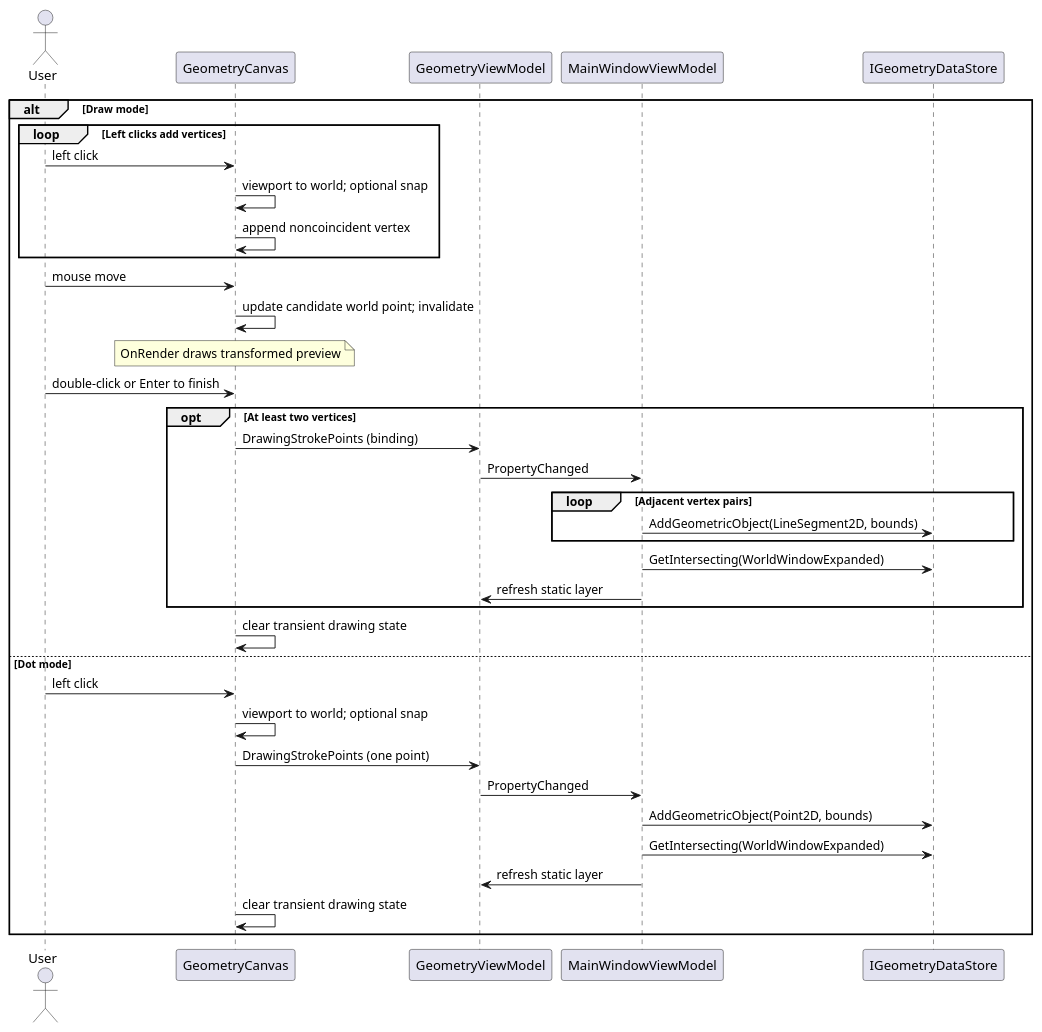
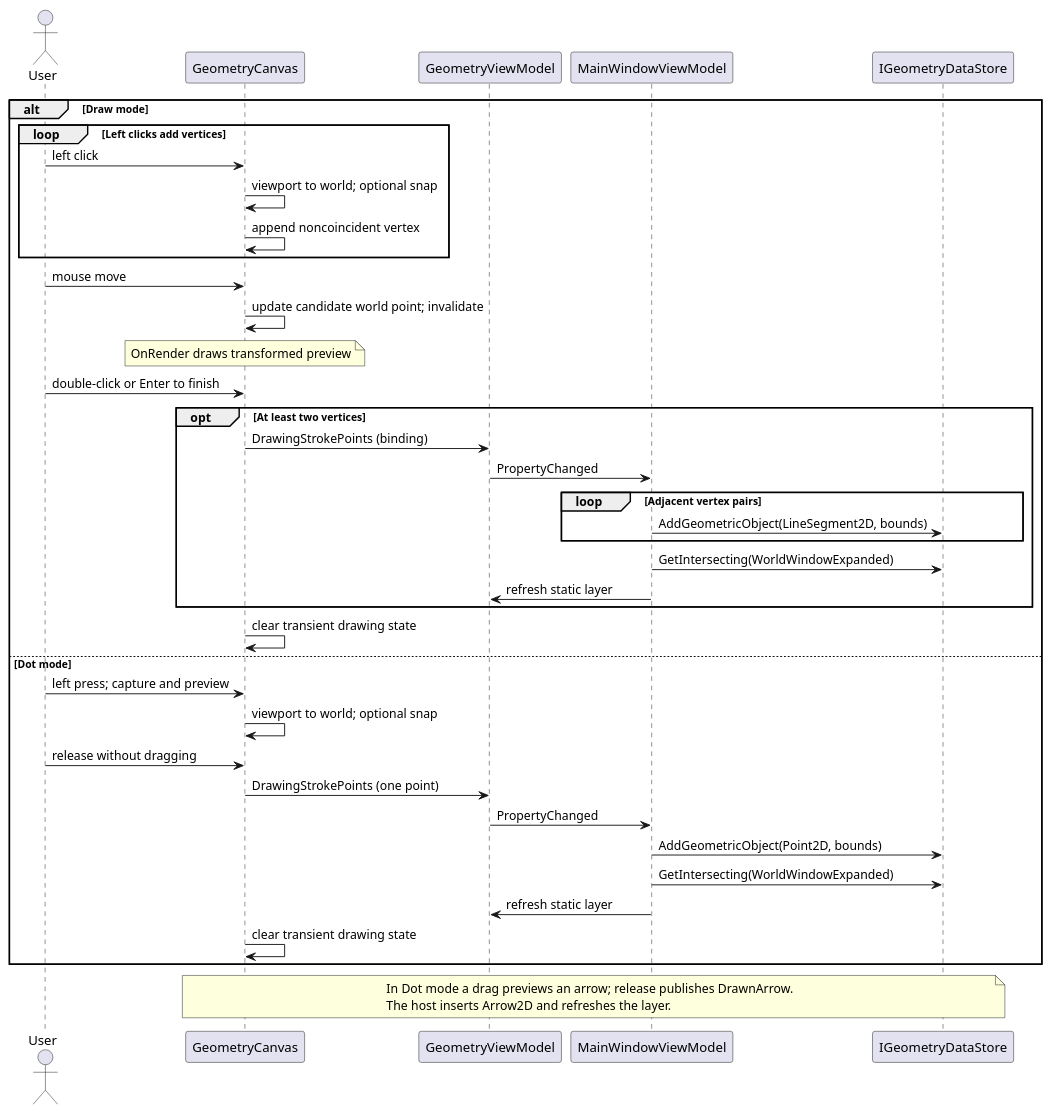
One commit to EbbeMeloSorensen/Craft changed the diagram in docs/Reborn/drawing-sequence.puml. Above: the diagram before and after it, drawn with PlantUML. The commit also changed 9 other files, not shown here.

```diff
--- a/docs/Reborn/drawing-sequence.puml
+++ b/docs/Reborn/drawing-sequence.puml
@@ -1,37 +1,42 @@
 @startuml
 actor User
 participant GeometryCanvas as Canvas
 participant GeometryViewModel as State
 participant MainWindowViewModel as Host
 participant IGeometryDataStore as Store
 alt Draw mode
   loop Left clicks add vertices
     User -> Canvas : left click
     Canvas -> Canvas : viewport to world; optional snap
     Canvas -> Canvas : append noncoincident vertex
   end
   User -> Canvas : mouse move
   Canvas -> Canvas : update candidate world point; invalidate
   note over Canvas : OnRender draws transformed preview
   User -> Canvas : double-click or Enter to finish
   opt At least two vertices
     Canvas -> State : DrawingStrokePoints (binding)
     State -> Host : PropertyChanged
     loop Adjacent vertex pairs
       Host -> Store : AddGeometricObject(LineSegment2D, bounds)
     end
     Host -> Store : GetIntersecting(WorldWindowExpanded)
     Host -> State : refresh static layer
   end
   Canvas -> Canvas : clear transient drawing state
 else Dot mode
-  User -> Canvas : left click
+  User -> Canvas : left press; capture and preview
   Canvas -> Canvas : viewport to world; optional snap
+  User -> Canvas : release without dragging
   Canvas -> State : DrawingStrokePoints (one point)
   State -> Host : PropertyChanged
   Host -> Store : AddGeometricObject(Point2D, bounds)
   Host -> Store : GetIntersecting(WorldWindowExpanded)
   Host -> State : refresh static layer
   Canvas -> Canvas : clear transient drawing state
 end
+note over Canvas, Store
+In Dot mode a drag previews an arrow; release publishes DrawnArrow.
+The host inserts Arrow2D and refreshes the layer.
+end note
 @enduml
```
